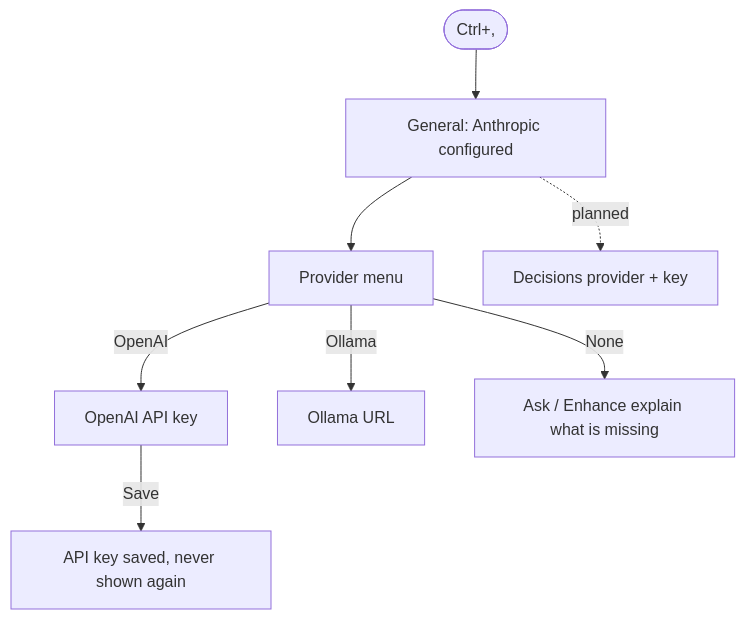
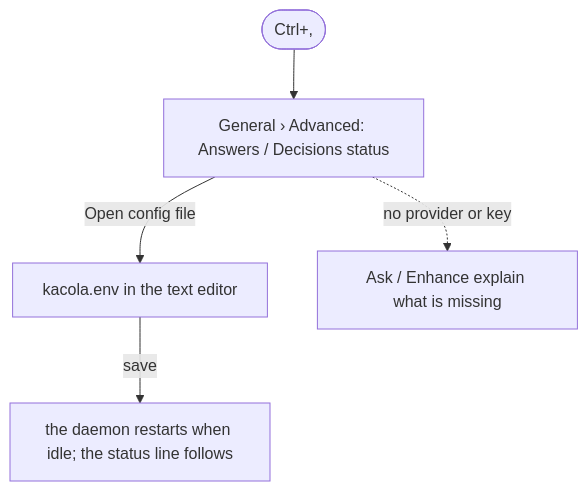
One commit to Kacper-Lubisz/kacola changed diagram 23 of 44 in docs/user-stories.md. Above: the diagram before and after it, drawn with Mermaid. The commit also changed other lines of this file and 39 other files, not shown here.

First line of the commit message:
Preferences without providers, models and keys (kacola.env); voiceprints on by default, tested on the macOS path

````diff
--- a/docs/user-stories.md
+++ b/docs/user-stories.md
@@ -636,16 +636,9 @@
 ```mermaid
 flowchart TD
-  A([Ctrl+,]) --> B[General: Anthropic configured]
-  B --> C[Provider menu]
-  C -->|OpenAI| D[OpenAI API key]
-  C -->|Ollama| E[Ollama URL]
-  C -->|None| F[Ask / Enhance explain what is missing]
-  D -->|Save| G[API key saved, never shown again]
-  B -.planned.-> H[Decisions provider + key]
+  A([Ctrl+,]) --> B[General › Advanced: Answers / Decisions status]
+  B -->|Open config file| C[kacola.env in the text editor]
+  C -->|save| D[the daemon restarts when idle; the status line follows]
+  B -.no provider or key.-> F[Ask / Enhance explain what is missing]
   %% shot: B = settings-provider__general__anthropic
-  %% shot: C = settings-provider__provider__menu
-  %% shot: D = settings-provider__openai__key
-  %% shot: E = settings-provider__ollama__url
   %% shot: F = provider-errors__ask__no-provider
-  %% shot: H = settings-provider__decisions__provider
 ```
````
